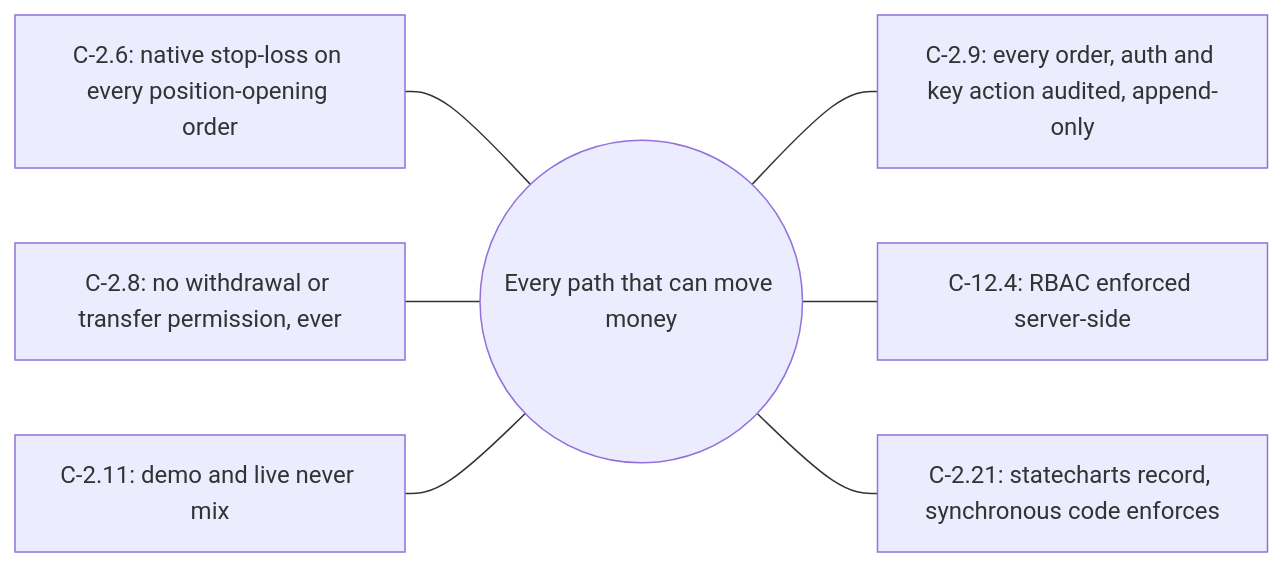
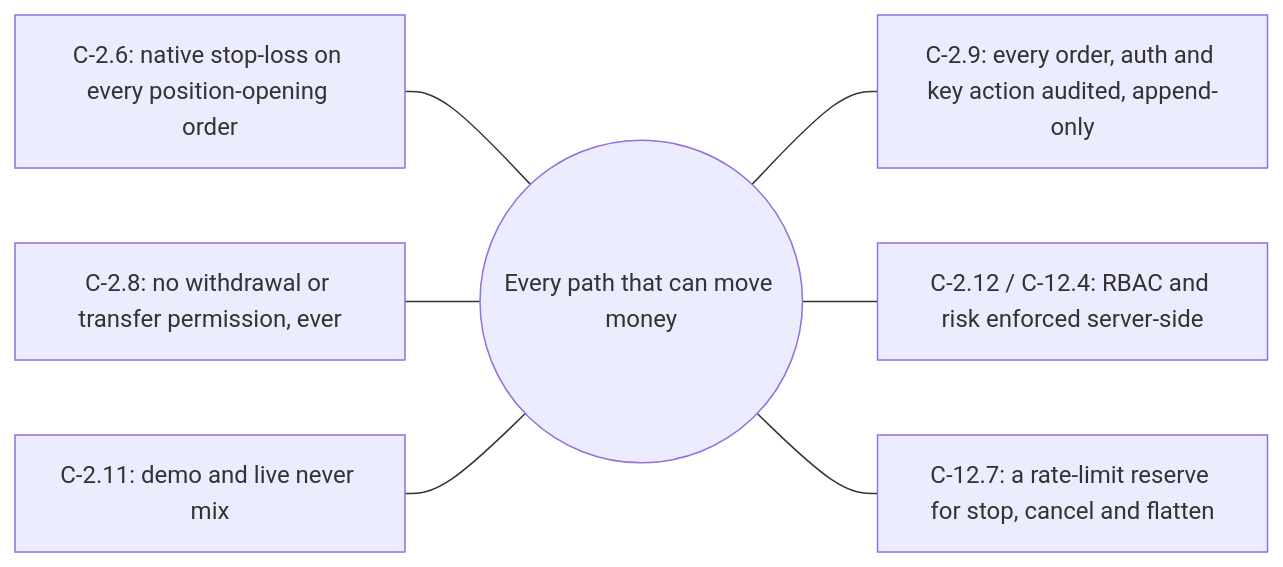
The fourth of 4 diagrams in README.md (CandleViewer/CandleViewer), drawn with Mermaid before and after one commit. The commit also changed other lines of this file and 1 other file, not shown here.

````diff
--- a/README.md
+++ b/README.md
@@ -160,10 +164,10 @@
 ```mermaid
 flowchart LR
   core(("Every path that can move money"))
   sl["C-2.6: native stop-loss on every position-opening order"] --- core
   wd["C-2.8: no withdrawal or transfer permission, ever"] --- core
   env["C-2.11: demo and live never mix"] --- core
   core --- au["C-2.9: every order, auth and key action audited, append-only"]
-  core --- rbac["C-12.4: RBAC enforced server-side"]
-  core --- sc["C-2.21: statecharts record, synchronous code enforces"]
+  core --- rbac["C-2.12 / C-12.4: RBAC and risk enforced server-side"]
+  core --- rr["C-12.7: a rate-limit reserve for stop, cancel and flatten"]
 ```
````
